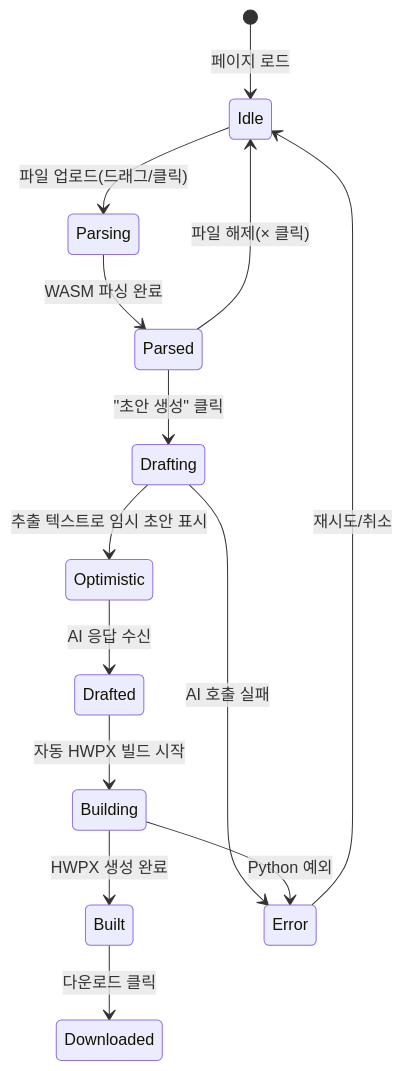
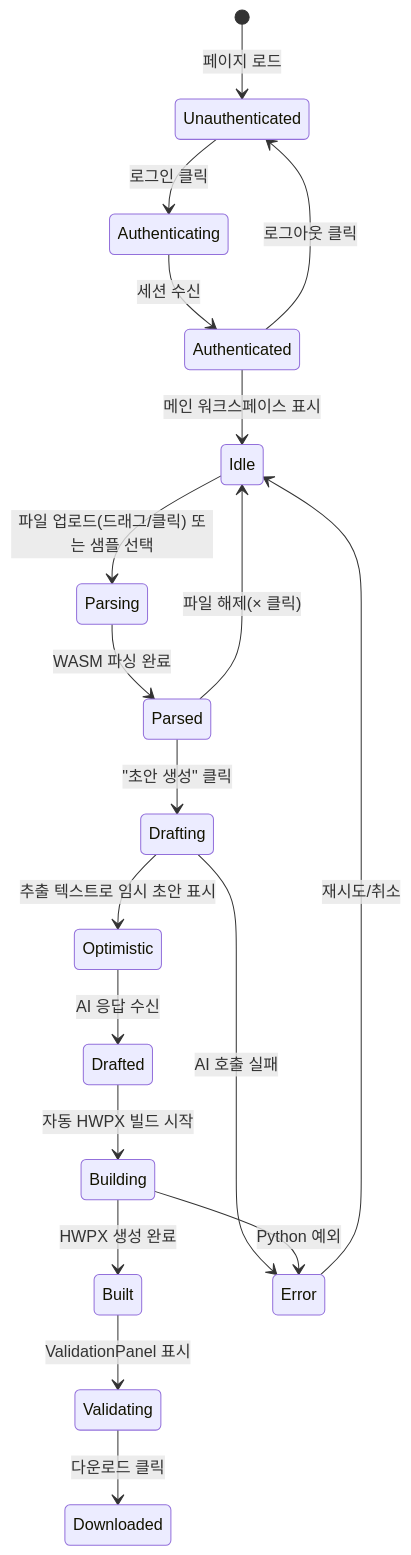
Before and after one commit to younghai/AI_hwp: the diagram in v4/docs/waterfall-hwpx-demo/02-시스템설계/화면설계서.md, drawn with Mermaid. The commit also changed other lines of this file and 39 other files, not shown here.

````diff
--- a/v4/docs/waterfall-hwpx-demo/02-시스템설계/화면설계서.md
+++ b/v4/docs/waterfall-hwpx-demo/02-시스템설계/화면설계서.md
@@ -154,16 +197,21 @@
 ```mermaid
 stateDiagram-v2
-    [*] --> Idle: 페이지 로드
-    Idle --> Parsing: 파일 업로드(드래그/클릭)
+    [*] --> Unauthenticated: 페이지 로드
+    Unauthenticated --> Authenticating: 로그인 클릭
+    Authenticating --> Authenticated: 세션 수신
+    Authenticated --> Idle: 메인 워크스페이스 표시
+    Idle --> Parsing: 파일 업로드(드래그/클릭) 또는 샘플 선택
     Parsing --> Parsed: WASM 파싱 완료
     Parsed --> Drafting: "초안 생성" 클릭
     Drafting --> Optimistic: 추출 텍스트로 임시 초안 표시
     Optimistic --> Drafted: AI 응답 수신
     Drafted --> Building: 자동 HWPX 빌드 시작
     Building --> Built: HWPX 생성 완료
-    Built --> Downloaded: 다운로드 클릭
+    Built --> Validating: ValidationPanel 표시
+    Validating --> Downloaded: 다운로드 클릭
     Drafting --> Error: AI 호출 실패
     Building --> Error: Python 예외
     Error --> Idle: 재시도/취소
     Parsed --> Idle: 파일 해제(× 클릭)
+    Authenticated --> Unauthenticated: 로그아웃 클릭
 ```
````
